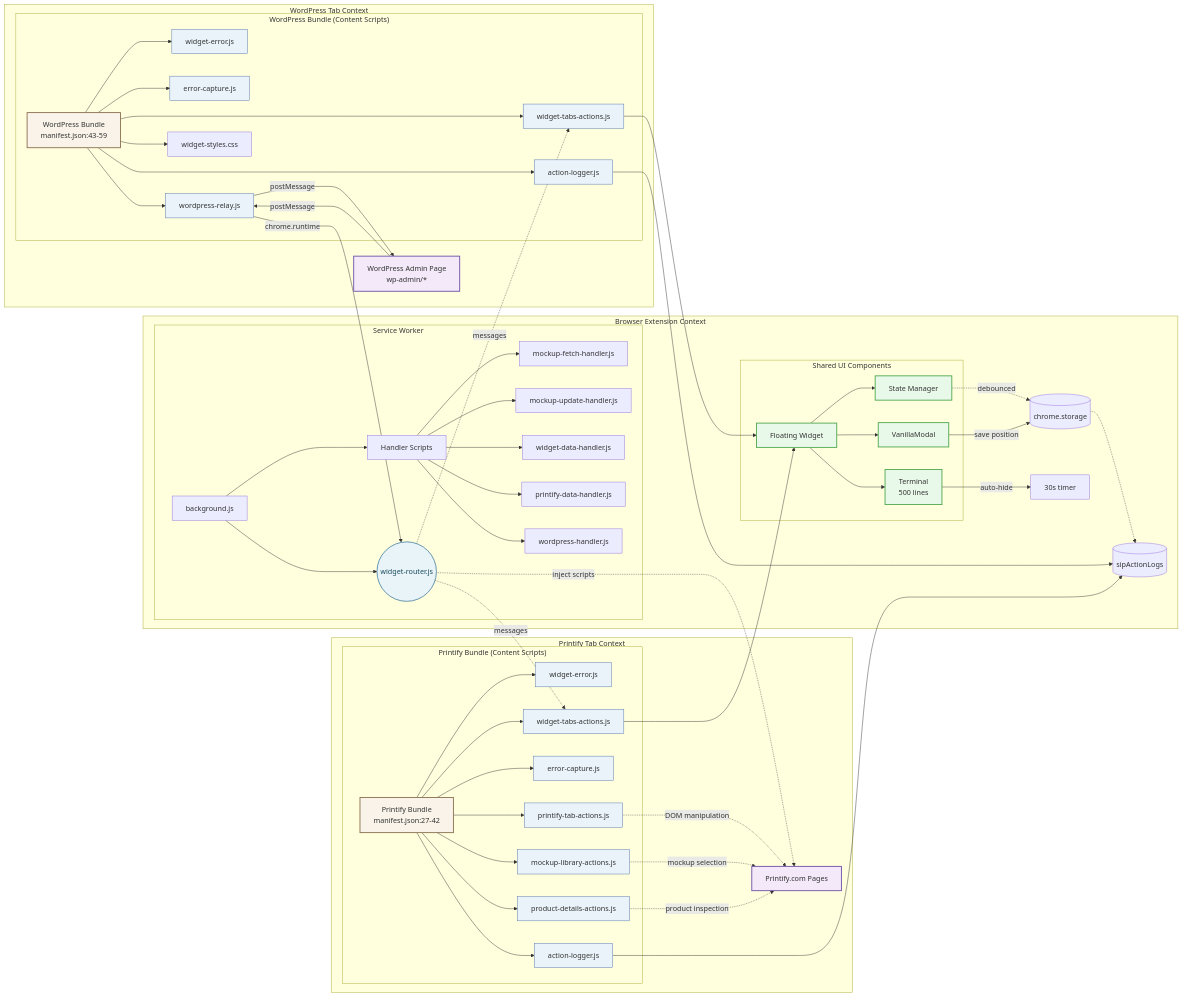
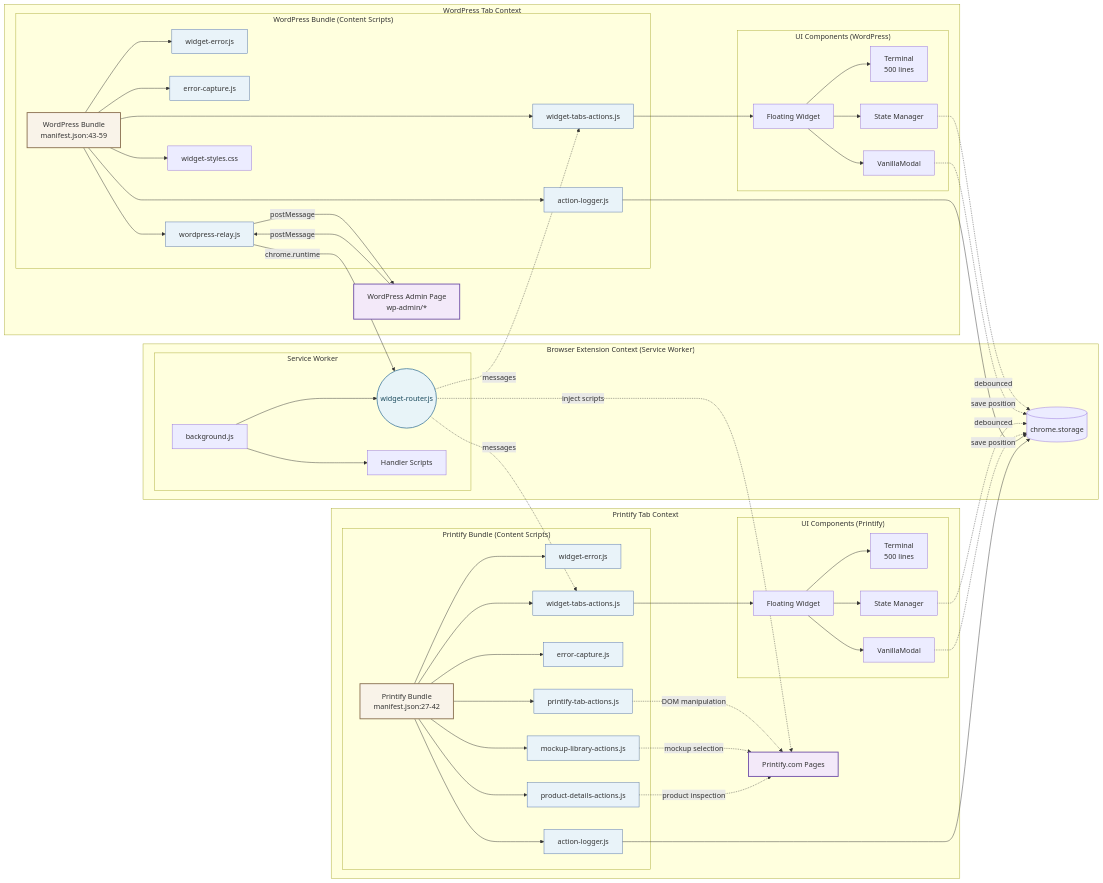
The second of 9 diagrams in guidelines/sip-printify-manager-extension-guidelines-v2.md (tdemelle-SiP/.claude), drawn with Mermaid before and after one commit. The commit also changed other lines of this file and 1 other file, not shown here.

````diff
--- a/guidelines/sip-printify-manager-extension-guidelines-v2.md
+++ b/guidelines/sip-printify-manager-extension-guidelines-v2.md
@@ -137,30 +128,12 @@
 ```mermaid
 graph LR
-  subgraph "Browser Extension Context"
+  subgraph "Browser Extension Context (Service Worker)"
     subgraph "Service Worker"
       SW[background.js] --> Router((widget-router.js))
       SW --> Handlers[Handler Scripts]
-      
-      Handlers --> MFH[mockup-fetch-handler.js]
-      Handlers --> MUH[mockup-update-handler.js]
-      Handlers --> WDH[widget-data-handler.js]
-      Handlers --> PDH[printify-data-handler.js]
-      Handlers --> WH[wordpress-handler.js]
-    end
-    
-    subgraph "Shared UI Components"
-      Widget[Floating Widget]
-      Widget --> Terminal[Terminal<br/>500 lines]
-      Widget --> Modal[VanillaModal]
-      Widget --> State[State Manager]
     end
     
     Storage[(chrome.storage)]
-    ActionLog[(sipActionLogs)]
-    Storage -.-> ActionLog
-    State -.->|debounced| Storage
-    Modal -->|save position| Storage
-    Terminal -->|auto-hide| Timer[30s timer]
   end
   
   subgraph "WordPress Tab Context"
@@ -174,9 +147,19 @@
       WPBundle --> WSS[widget-styles.css]
     end
     
+    subgraph "UI Components (WordPress)"
+      Widget1[Floating Widget]
+      Widget1 --> Terminal1[Terminal<br/>500 lines]
+      Widget1 --> Modal1[VanillaModal]
+      Widget1 --> State1[State Manager]
+    end
+    
     WPPage[WordPress Admin Page<br/>wp-admin/*]
     WR -->|postMessage| WPPage
     WPPage -->|postMessage| WR
+    WT1 --> Widget1
+    State1 -.->|debounced| Storage
+    Modal1 -.->|save position| Storage
   end
   
   subgraph "Printify Tab Context"
@@ -191,20 +174,28 @@
       PBundle --> PDA[product-details-actions.js]
     end
     
+    subgraph "UI Components (Printify)"
+      Widget2[Floating Widget]
+      Widget2 --> Terminal2[Terminal<br/>500 lines]
+      Widget2 --> Modal2[VanillaModal]
+      Widget2 --> State2[State Manager]
+    end
+    
     PrintifyPage[Printify.com Pages]
     PTA -.->|DOM manipulation| PrintifyPage
     MLA -.->|mockup selection| PrintifyPage
     PDA -.->|product inspection| PrintifyPage
+    WT2 --> Widget2
+    State2 -.->|debounced| Storage
+    Modal2 -.->|save position| Storage
   end
   
   WR -->|chrome.runtime| Router
   Router -.->|messages| WT1
   Router -.->|messages| WT2
   Router -.->|inject scripts| PrintifyPage
-  AL1 --> ActionLog
-  AL2 --> ActionLog
-  WT1 --> Widget
-  WT2 --> Widget
+  AL1 --> Storage
+  AL2 --> Storage
   
   %% Styling
   classDef bundleStyle fill:#f9f3e9,stroke:#8a7050,stroke-width:2px
````
